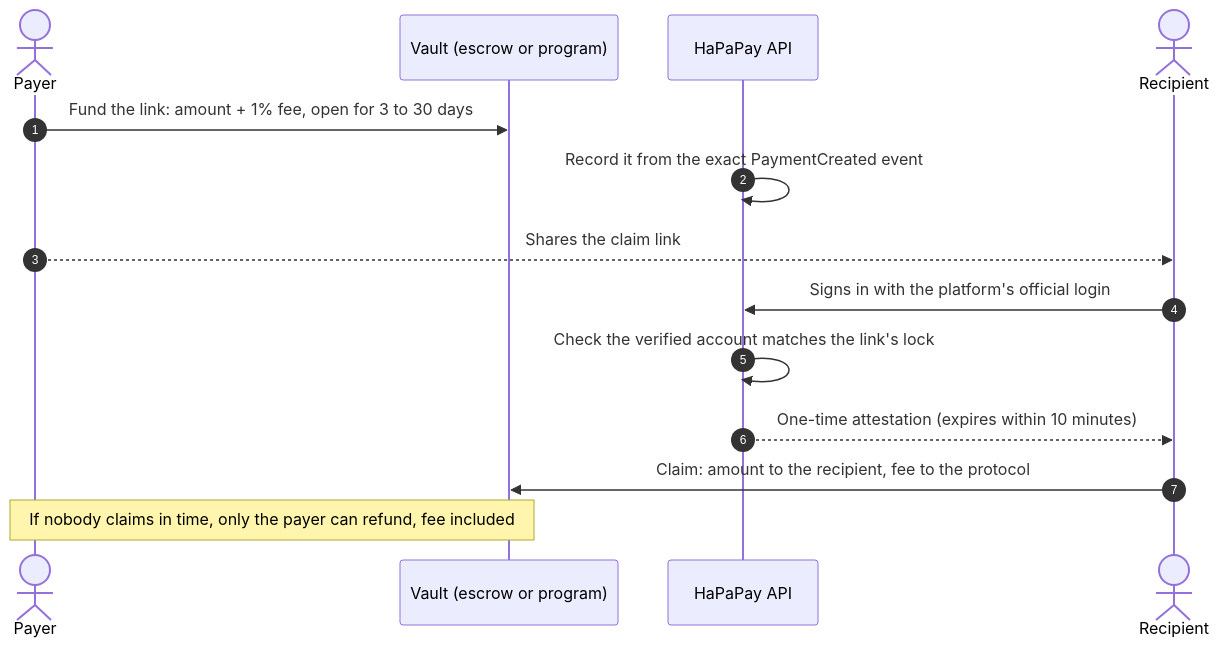
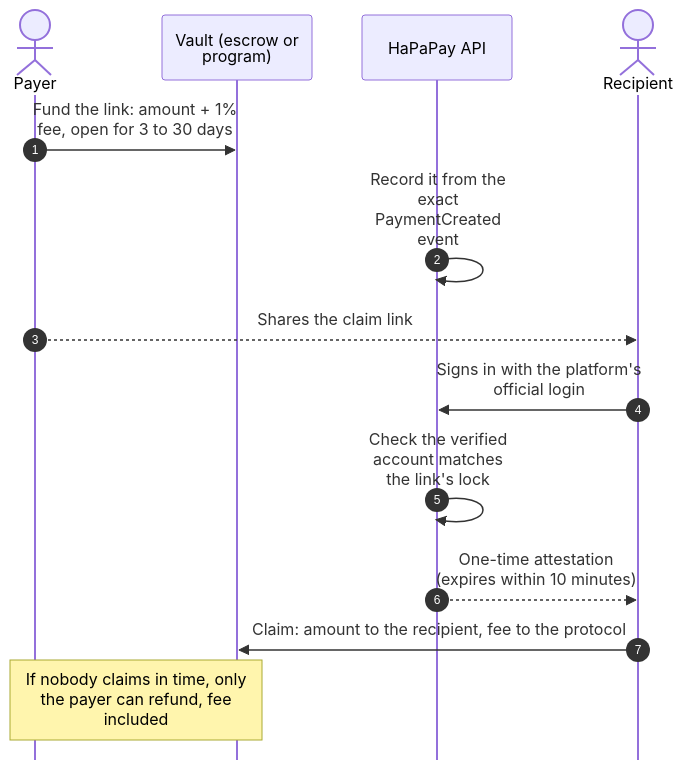
Before and after one commit to furkan3152/HaPaPay: the second of 4 diagrams in README.md, drawn with Mermaid. The commit also changed other lines of this file and 16 other files, not shown here.

````diff
--- a/README.md
+++ b/README.md
@@ -155,16 +157,17 @@
 ```mermaid
+%%{init: {"sequence": {"wrap": true, "mirrorActors": false}}}%%
 sequenceDiagram
     autonumber
     actor P as Payer
     participant V as Vault (escrow or program)
     participant A as HaPaPay API
     actor R as Recipient
     P->>V: Fund the link: amount + 1% fee, open for 3 to 30 days
     A->>A: Record it from the exact PaymentCreated event
     P-->>R: Shares the claim link
     R->>A: Signs in with the platform's official login
     A->>A: Check the verified account matches the link's lock
     A-->>R: One-time attestation (expires within 10 minutes)
     R->>V: Claim: amount to the recipient, fee to the protocol
     Note over P,V: If nobody claims in time, only the payer can refund, fee included
 ```
````
